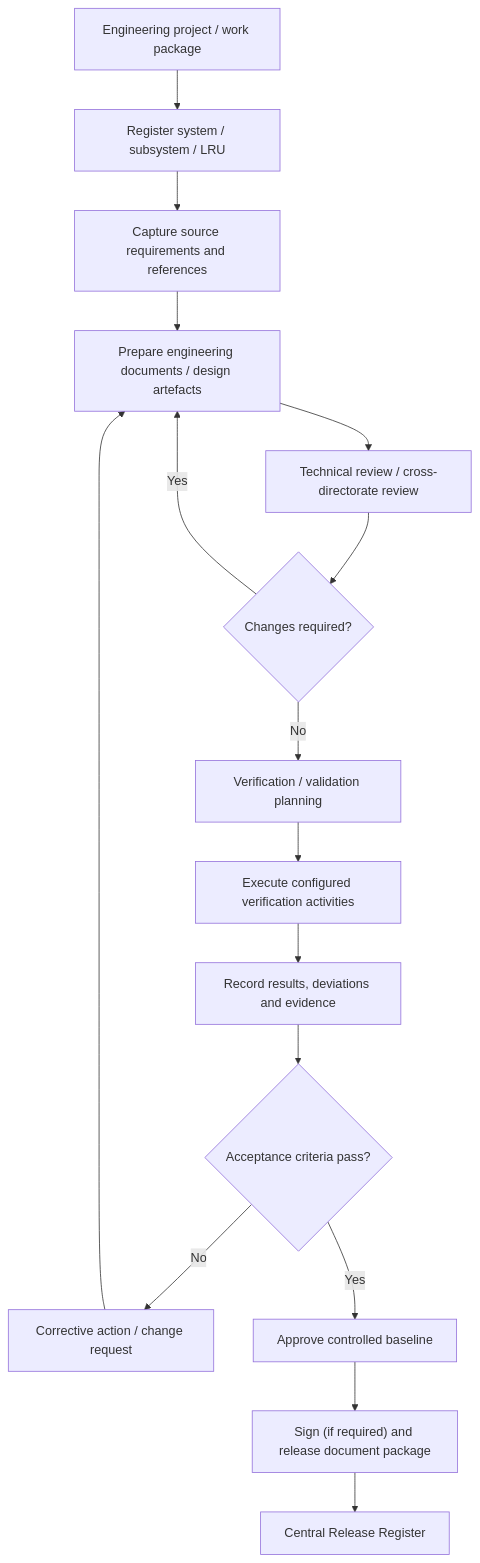
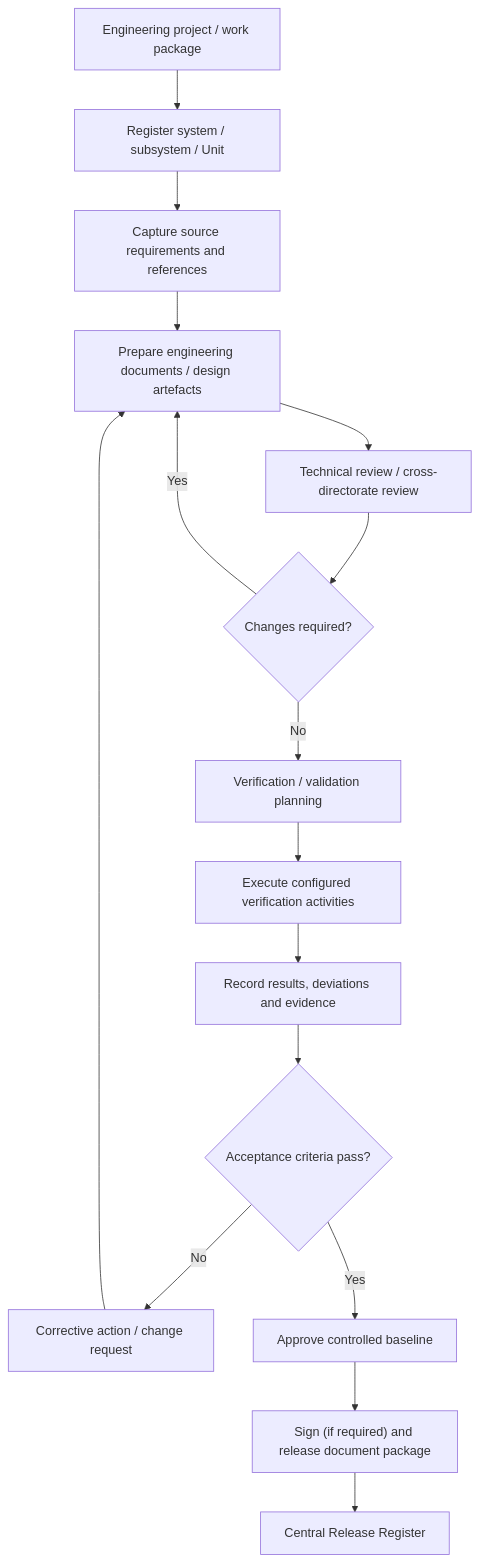
One commit to AntonMT686/ELM changed diagram 22 of 26 in Docs/ARCHITECTURE_WORKFLOWS.md. Above: the diagram before and after it, drawn with Mermaid. The commit also changed other lines of this file and 131 other files, not shown here.

````diff
--- a/Docs/ARCHITECTURE_WORKFLOWS.md
+++ b/Docs/ARCHITECTURE_WORKFLOWS.md
@@ -892,19 +892,19 @@
 ```mermaid
 flowchart TD
     A["Engineering project / work package"]
-    A --> B["Register system / subsystem / LRU"]
+    A --> B["Register system / subsystem / Unit"]
     B --> C["Capture source requirements and references"]
     C --> D["Prepare engineering documents / design artefacts"]
     D --> E["Technical review / cross-directorate review"]
     E --> F{"Changes required?"}
     F -->|Yes| D
     F -->|No| G["Verification / validation planning"]
     G --> H["Execute configured verification activities"]
     H --> I["Record results, deviations and evidence"]
     I --> J{"Acceptance criteria pass?"}
     J -->|No| K["Corrective action / change request"]
     K --> D
     J -->|Yes| L["Approve controlled baseline"]
     L --> M["Sign (if required) and release document package"]
     M --> N["Central Release Register"]
 ```
````
